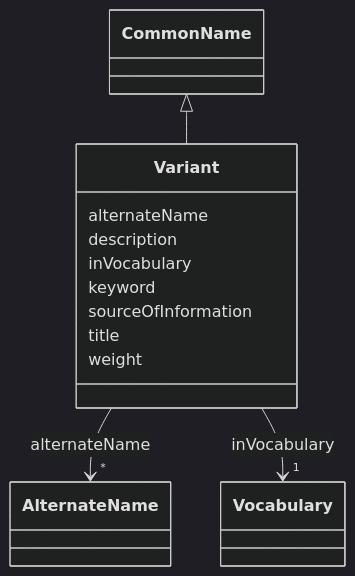
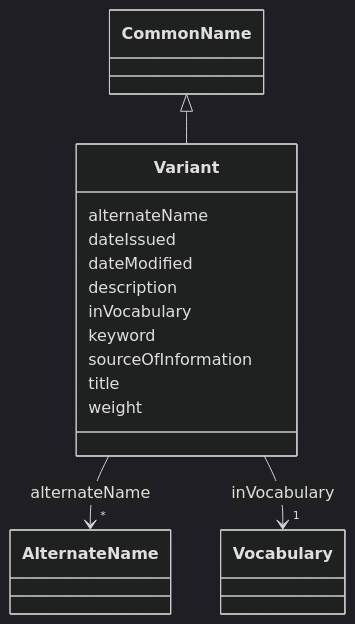
Before and after one commit to EVORA-project/evora-ontology: the diagram in models/docs/Variant.md, drawn with Mermaid (dark theme). The commit also changed other lines of this file and 377 other files, not shown here.

````diff
--- a/models/docs/Variant.md
+++ b/models/docs/Variant.md
@@ -19,37 +19,41 @@
 ```mermaid
  classDiagram
     class Variant
     click Variant href "../Variant"
       CommonName <|-- Variant
         click CommonName href "../CommonName"
       
       Variant : alternateName
         
           
     
     
     Variant --> "*" AlternateName : alternateName
     click AlternateName href "../AlternateName"
 
+        
+      Variant : dateIssued
+        
+      Variant : dateModified
         
       Variant : description
         
       Variant : inVocabulary
         
           
     
     
     Variant --> "1" Vocabulary : inVocabulary
     click Vocabulary href "../Vocabulary"
 
         
       Variant : keyword
         
       Variant : sourceOfInformation
         
       Variant : title
         
       Variant : weight
         
       
 ```
````
